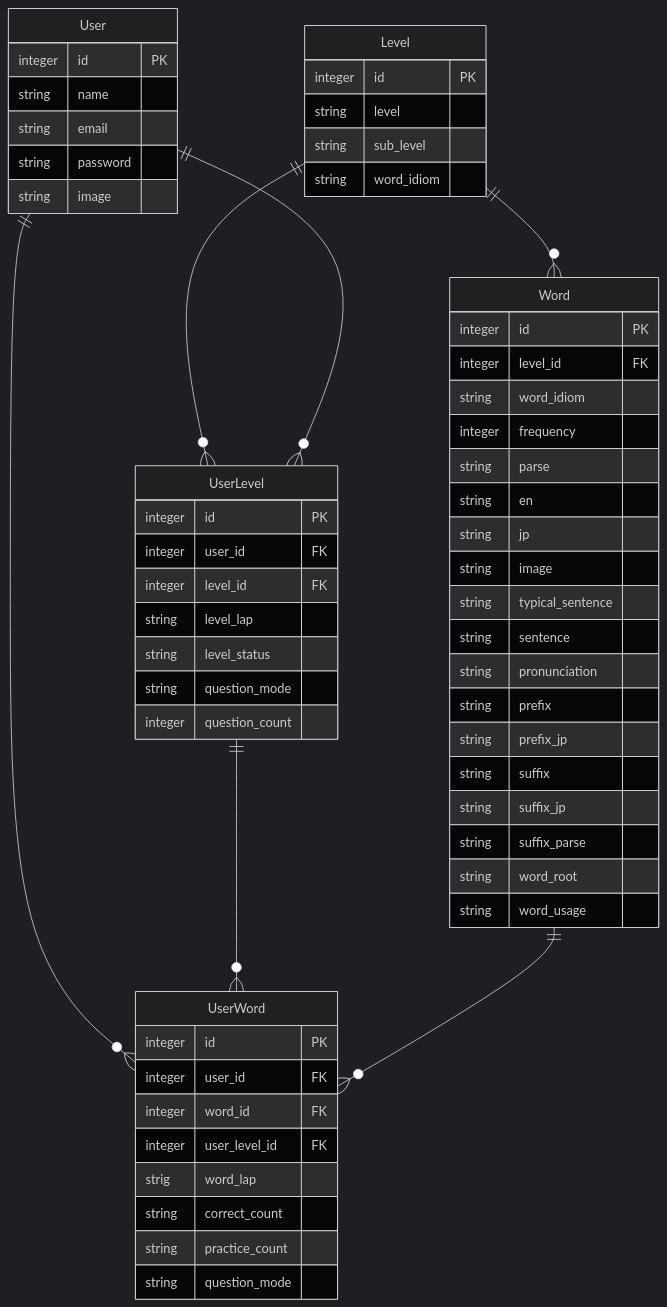
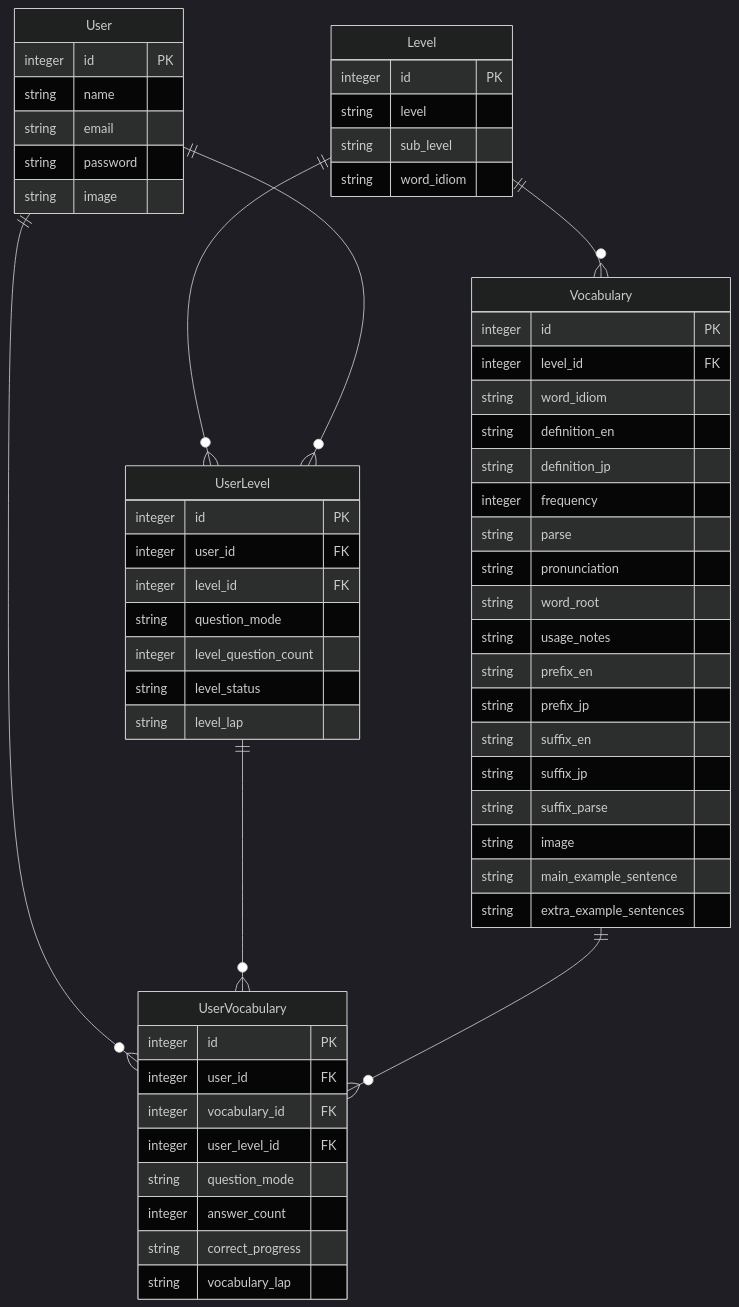
Before and after one commit to takakiishikawa/wordfix: the first of 6 diagrams in system_design.md, drawn with Mermaid (dark theme).

Commit message:
[other]update DB

````diff
--- a/system_design.md
+++ b/system_design.md
@@ -38,67 +38,67 @@
 ```mermaid
 erDiagram
-Level ||--o{ Word: ""
+Level ||--o{ Vocabulary: ""
 Level ||--o{ UserLevel: ""
-User ||--o{ UserWord: ""
+User ||--o{ UserVocabulary: ""
 User ||--o{ UserLevel: ""
-UserLevel ||--o{ UserWord: ""
-Word ||--o{ UserWord: ""
+UserLevel ||--o{ UserVocabulary: ""
+Vocabulary ||--o{ UserVocabulary: ""
 
 
 User {
-    integer id PK
-    string name
-    string email
-    string password
-    string image
+integer id PK
+string name
+string email
+string password
+string image
 }
 
-Word {
-    integer id PK
-    integer level_id FK
-    string word_idiom
-    integer frequency
-    string parse
-    string en
-    string jp
-    string image
-    string typical_sentence
-    string sentence
-    string pronunciation
-    string prefix
-    string prefix_jp
-    string suffix
-    string suffix_jp
-    string suffix_parse
-    string word_root
-    string word_usage
+Vocabulary {
+integer id PK
+integer level_id FK
+string word_idiom
+string definition_en
+string definition_jp
+integer frequency
+string parse
+string pronunciation
+string word_root
+string usage_notes
+string prefix_en
+string prefix_jp
+string suffix_en
+string suffix_jp
+string suffix_parse
+string image
+string main_example_sentence
+string extra_example_sentences
 }
 
 Level {
-    integer id PK
-    string level
-    string sub_level
-    string word_idiom
+integer id PK
+string level
+string sub_level
+string word_idiom
 }
 
-UserWord{
-    integer id PK
-    integer user_id FK
-    integer word_id FK
-    integer user_level_id FK
-    strig word_lap
-    string correct_count
-    string practice_count
-    string question_mode
+UserVocabulary{
+integer id PK
+integer user_id FK
+integer vocabulary_id FK
+integer user_level_id FK
+string question_mode
+integer answer_count
+string correct_progress
+string vocabulary_lap
 }
 
 UserLevel{
-    integer id PK
-    integer user_id FK
-    integer level_id FK
-    string level_lap
-    string level_status
-    string question_mode
-    integer question_count
+integer id PK
+integer user_id FK
+integer level_id FK
+string question_mode
+integer level_question_count
+string level_status
+string level_lap
 }
 ```
````
